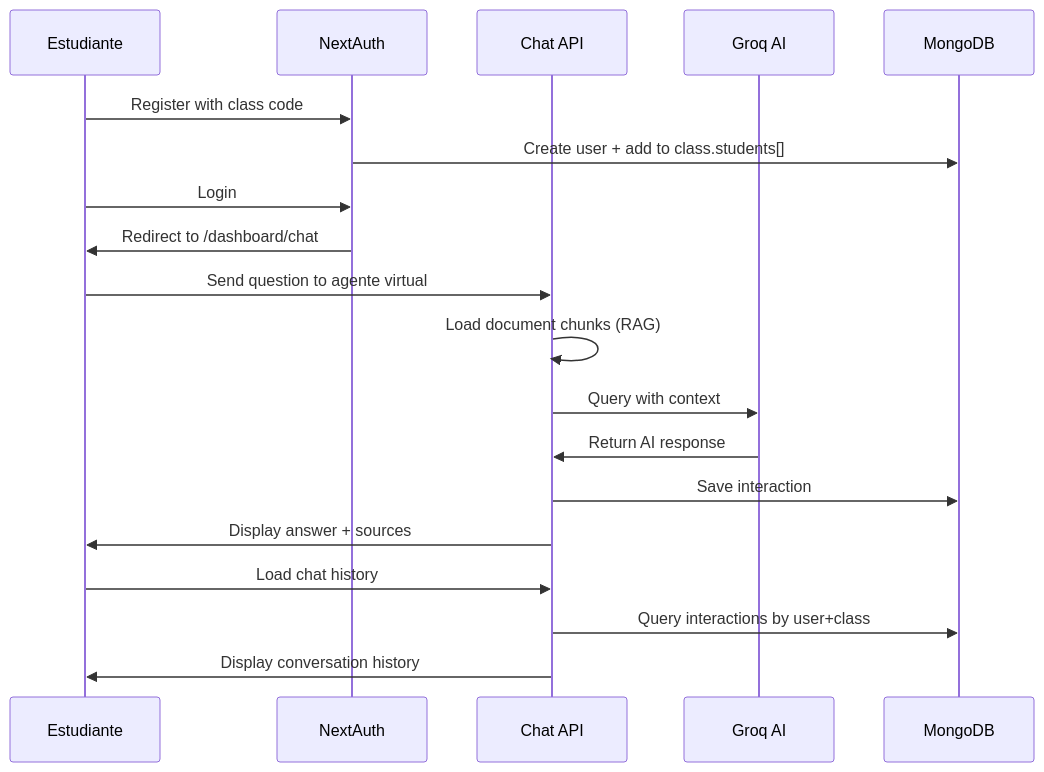
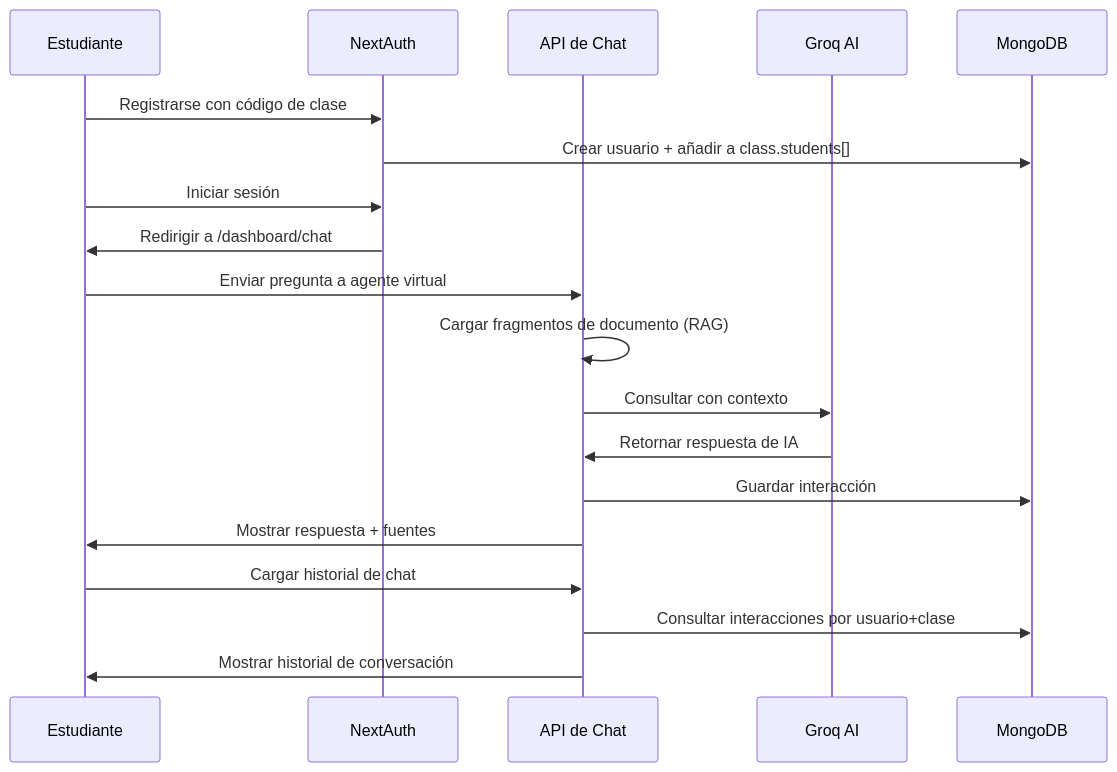
One commit to olired2/chatbot changed the fifth of 5 diagrams in ARQUITECTURA.md. Above: the diagram before and after it, drawn with Mermaid. The commit also changed other lines of this file and 8 other files, not shown here.

Commit message:
docs: actualizacion de toda la documentacion al español, creacion de roadmap y limpieza

````diff
--- a/ARQUITECTURA.md
+++ b/ARQUITECTURA.md
@@ -457,25 +454,25 @@
 ```mermaid
 sequenceDiagram
-    participant S as Estudiante
+    participant E as Estudiante
     participant Auth as NextAuth
-    participant API as Chat API
+    participant API as API de Chat
     participant Groq as Groq AI
     participant DB as MongoDB
     
-    S->>Auth: Register with class code
-    Auth->>DB: Create user + add to class.students[]
+    E->>Auth: Registrarse con código de clase
+    Auth->>DB: Crear usuario + añadir a class.students[]
     
-    S->>Auth: Login
-    Auth->>S: Redirect to /dashboard/chat
+    E->>Auth: Iniciar sesión
+    Auth->>E: Redirigir a /dashboard/chat
     
-    S->>API: Send question to agente virtual
-    API->>API: Load document chunks (RAG)
-    API->>Groq: Query with context
-    Groq->>API: Return AI response
-    API->>DB: Save interaction
-    API->>S: Display answer + sources
+    E->>API: Enviar pregunta a agente virtual
+    API->>API: Cargar fragmentos de documento (RAG)
+    API->>Groq: Consultar con contexto
+    Groq->>API: Retornar respuesta de IA
+    API->>DB: Guardar interacción
+    API->>E: Mostrar respuesta + fuentes
     
-    S->>API: Load chat history
-    API->>DB: Query interactions by user+class
-    API->>S: Display conversation history
+    E->>API: Cargar historial de chat
+    API->>DB: Consultar interacciones por usuario+clase
+    API->>E: Mostrar historial de conversación
 ```
````
